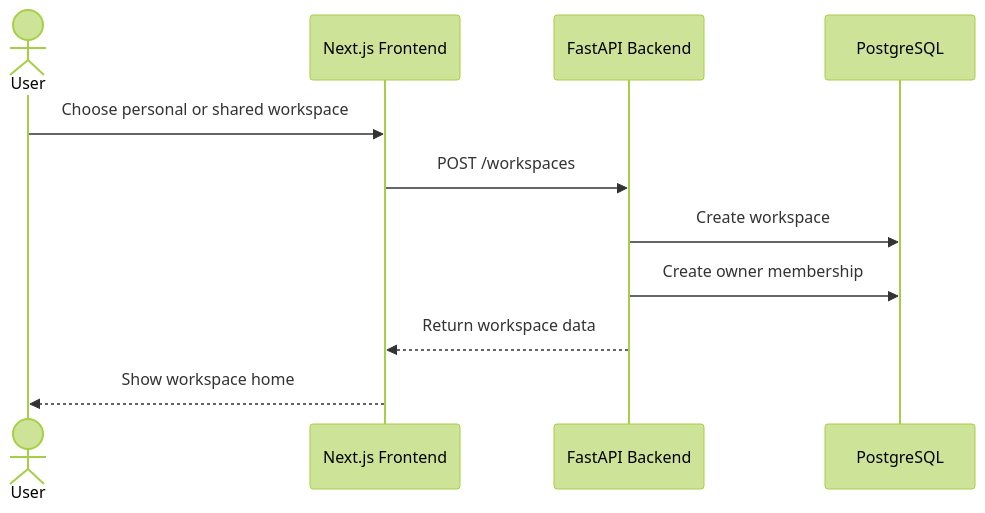
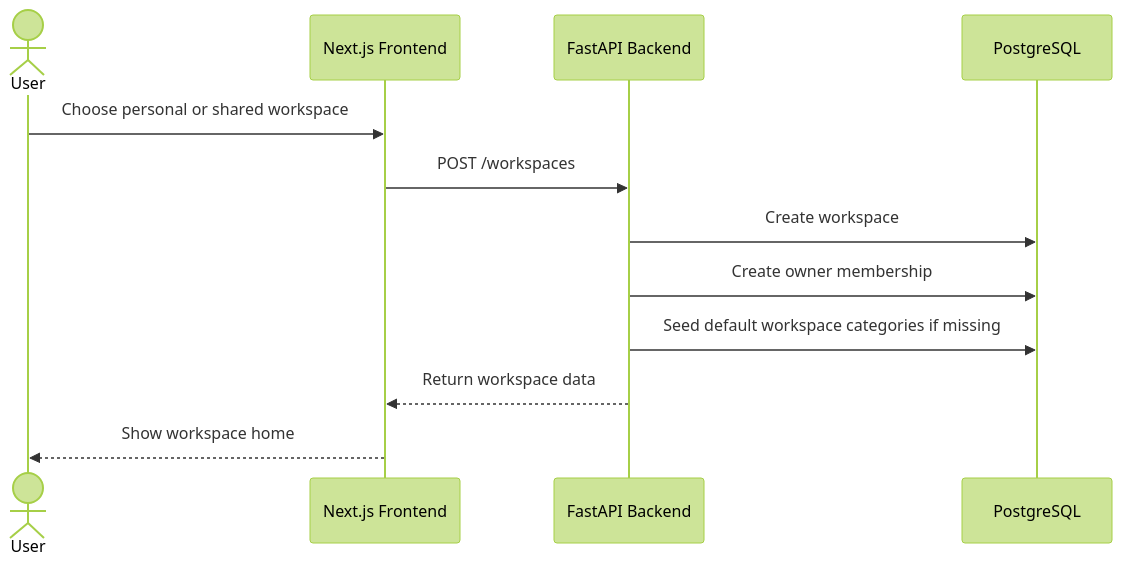
The sixth of 11 diagrams in docs/architecture/runtime-flows.md (creep1ng/shared-expenses-tracking), drawn with Mermaid (forest theme) before and after one commit. The commit also changed other lines of this file and 37 other files, not shown here.

First line of the commit message:
feat(backend,frontend): implement accounts and categories CRUD foundation

````diff
--- a/docs/architecture/runtime-flows.md
+++ b/docs/architecture/runtime-flows.md
@@ -110,14 +110,15 @@
 ```mermaid
 sequenceDiagram
     actor User
     participant Frontend as Next.js Frontend
     participant Backend as FastAPI Backend
     participant DB as PostgreSQL
 
     User->>Frontend: Choose personal or shared workspace
     Frontend->>Backend: POST /workspaces
     Backend->>DB: Create workspace
     Backend->>DB: Create owner membership
+    Backend->>DB: Seed default workspace categories if missing
     Backend-->>Frontend: Return workspace data
     Frontend-->>User: Show workspace home
 ```
````
